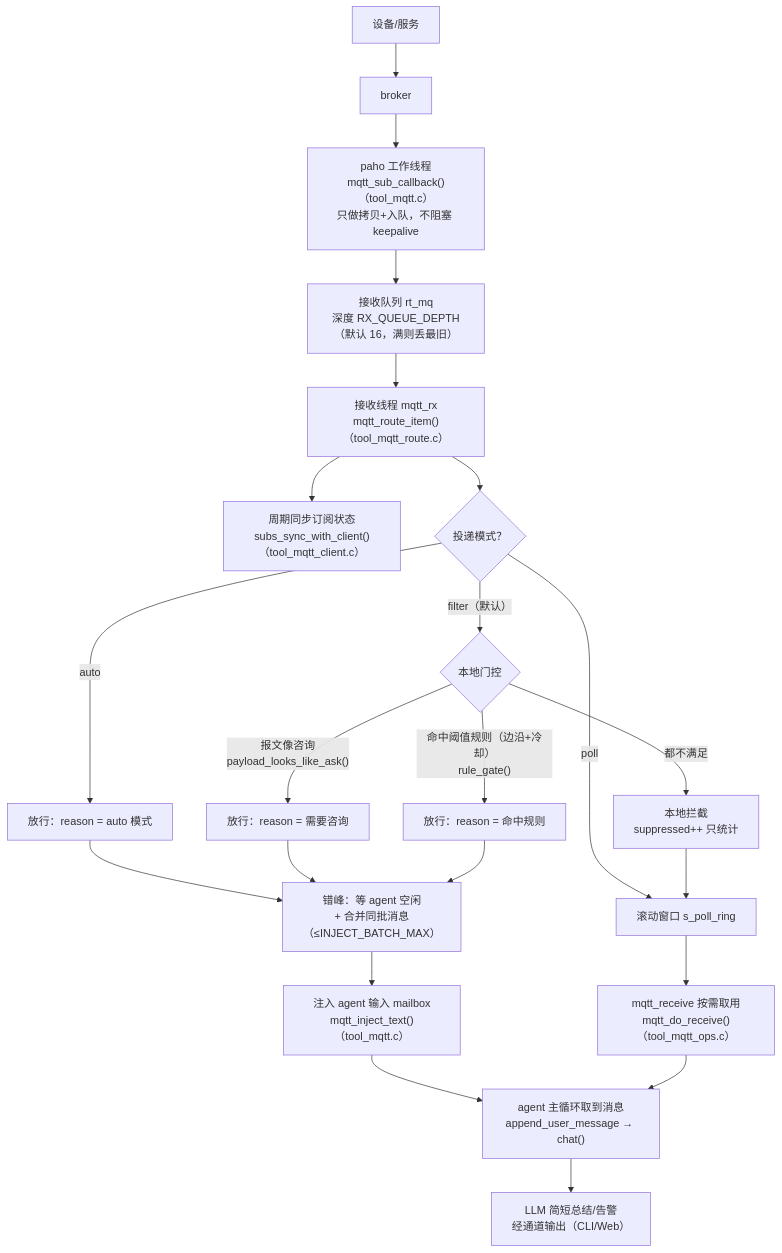
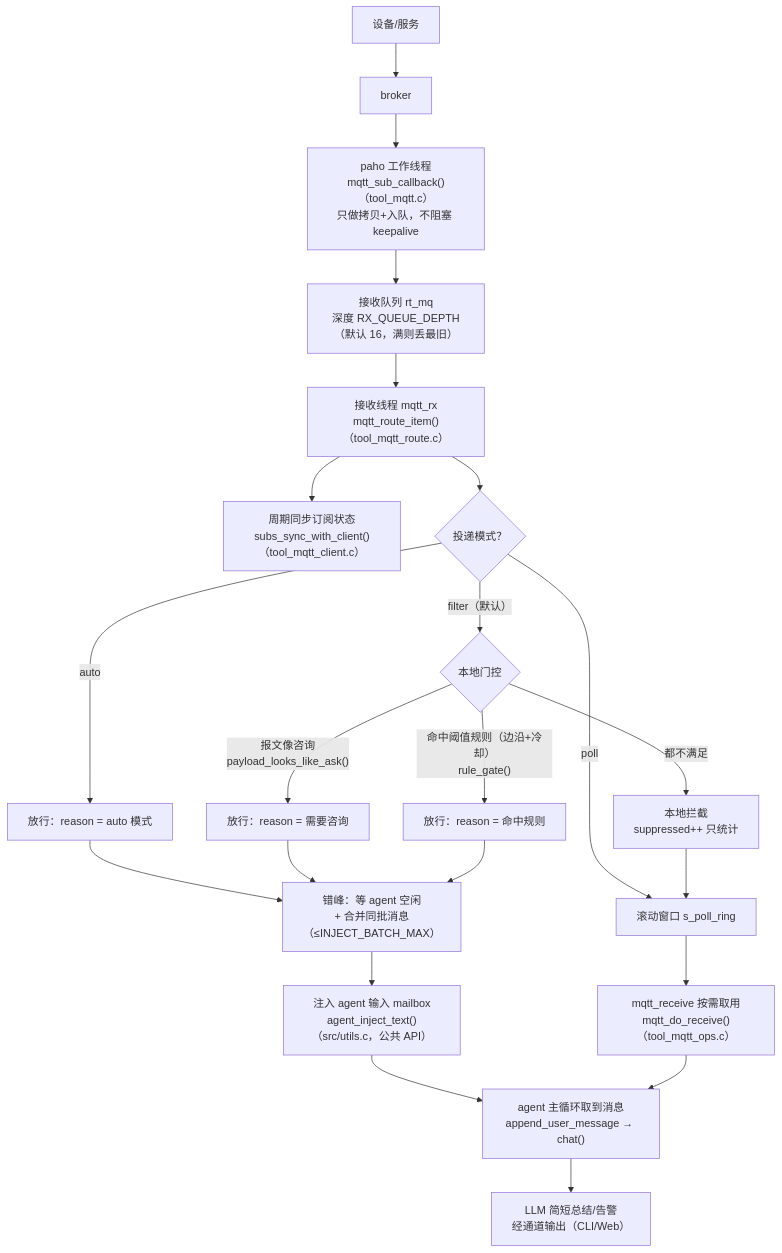
The third of 5 diagrams in docs/tool_mqtt.md (CXSforHPU/Agent), drawn with Mermaid before and after one commit. The commit also changed other lines of this file and 9 other files, not shown here.

````diff
--- a/docs/tool_mqtt.md
+++ b/docs/tool_mqtt.md
@@ -136,30 +136,30 @@
 ```mermaid
 flowchart TD
     DEV["设备/服务"] --> BR["broker"]
     BR --> CB["paho 工作线程<br/>mqtt_sub_callback()（tool_mqtt.c）<br/>只做拷贝+入队，不阻塞 keepalive"]
     CB --> Q["接收队列 rt_mq<br/>深度 RX_QUEUE_DEPTH（默认 16，满则丢最旧）"]
     Q --> RX["接收线程 mqtt_rx<br/>mqtt_route_item()（tool_mqtt_route.c）"]
 
     RX --> SYNC["周期同步订阅状态<br/>subs_sync_with_client()（tool_mqtt_client.c）"]
     RX --> MODE{"投递模式？"}
 
     MODE -- "poll" --> BUF
     MODE -- "auto" --> FWD["放行：reason = auto 模式"]
     MODE -- "filter（默认）" --> GATE{"本地门控"}
 
     GATE -- "报文像咨询<br/>payload_looks_like_ask()" --> FWD2["放行：reason = 需要咨询"]
     GATE -- "命中阈值规则（边沿+冷却）<br/>rule_gate()" --> FWD3["放行：reason = 命中规则"]
     GATE -- "都不满足" --> SUP["本地拦截<br/>suppressed++ 只统计"]
 
     FWD --> INJ
     FWD2 --> INJ
     FWD3 --> INJ
 
-    INJ["错峰：等 agent 空闲<br/>+ 合并同批消息（≤INJECT_BATCH_MAX）"] --> MB["注入 agent 输入 mailbox<br/>mqtt_inject_text()（tool_mqtt.c）"]
+    INJ["错峰：等 agent 空闲<br/>+ 合并同批消息（≤INJECT_BATCH_MAX）"] --> MB["注入 agent 输入 mailbox<br/>agent_inject_text()（src/utils.c，公共 API）"]
     MB --> LOOP["agent 主循环取到消息<br/>append_user_message → chat()"]
     LOOP --> OUT["LLM 简短总结/告警<br/>经通道输出（CLI/Web）"]
 
     SUP --> BUF["滚动窗口 s_poll_ring"]
     BUF --> FETCH["mqtt_receive 按需取用<br/>mqtt_do_receive()（tool_mqtt_ops.c）"]
     FETCH --> LOOP
 ```
````
